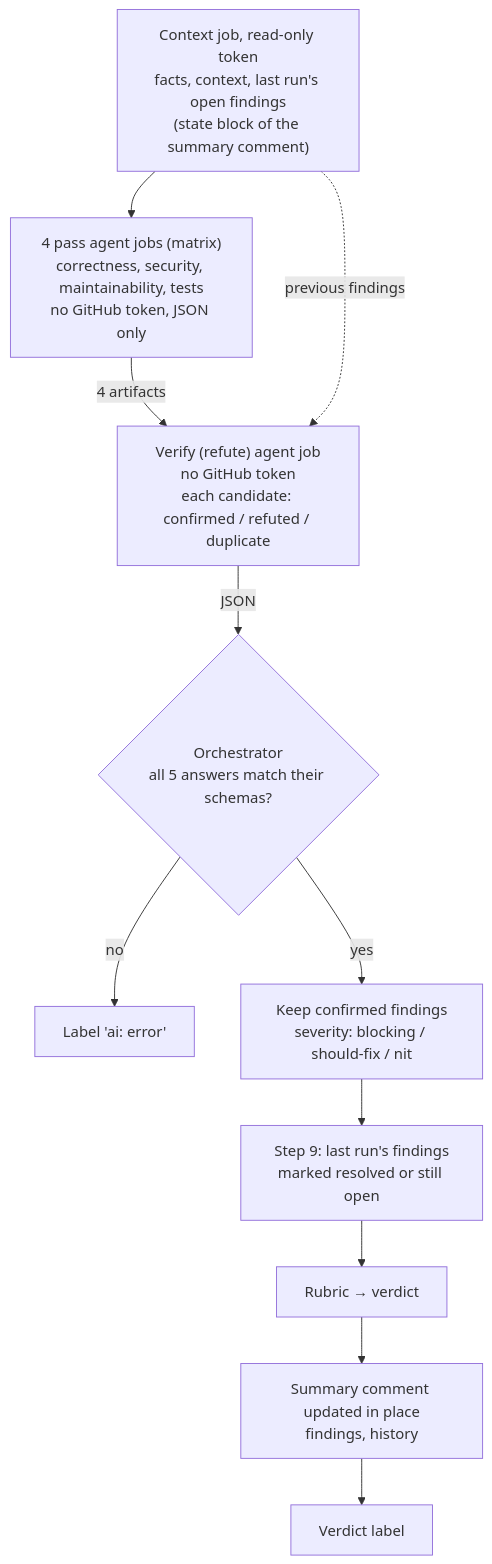
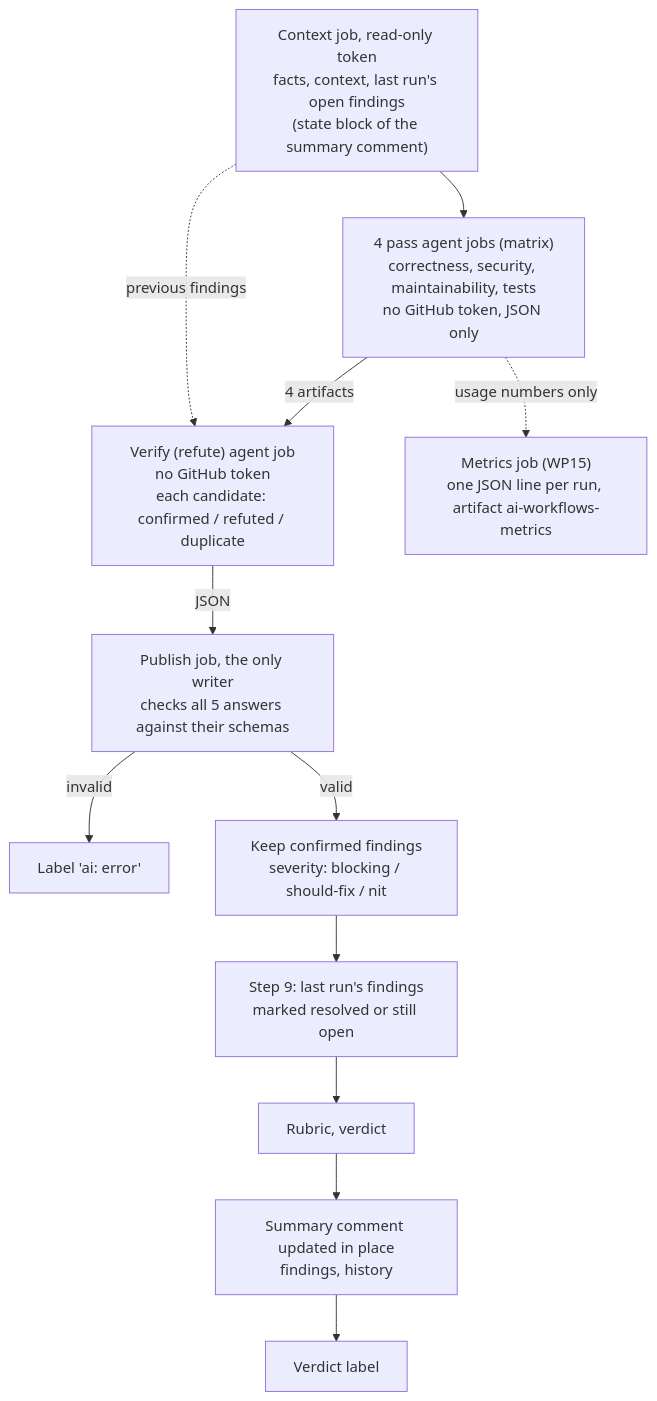
One commit to esciara/ai-workflows changed the fourth of 14 diagrams in docs/diagrams.md. Above: the diagram before and after it, drawn with Mermaid. The commit also changed other lines of this file and 1 other file, not shown here.

First line of the commit message:
docs(diagrams): full hand-maintained refresh (2026-11-14)

````diff
--- a/docs/diagrams.md
+++ b/docs/diagrams.md
@@ -151,13 +227,14 @@
 ```mermaid
 flowchart TD
   C["Context job, read-only token<br/>facts, context, last run's open findings<br/>(state block of the summary comment)"] --> P["4 pass agent jobs (matrix)<br/>correctness, security, maintainability, tests<br/>no GitHub token, JSON only"]
   P -- 4 artifacts --> VP["Verify (refute) agent job<br/>no GitHub token<br/>each candidate: confirmed / refuted / duplicate"]
   C -. previous findings .-> VP
-  VP -- JSON --> V{"Orchestrator<br/>all 5 answers match their schemas?"}
-  V -- no --> E["Label 'ai: error'"]
-  V -- yes --> F["Keep confirmed findings<br/>severity: blocking / should-fix / nit"]
+  VP -- JSON --> PU["Publish job, the only writer<br/>checks all 5 answers against their schemas"]
+  PU -- invalid --> E["Label 'ai: error'"]
+  PU -- valid --> F["Keep confirmed findings<br/>severity: blocking / should-fix / nit"]
   F --> H["Step 9: last run's findings<br/>marked resolved or still open"]
-  H --> R["Rubric → verdict"]
+  H --> R["Rubric, verdict"]
   R --> M["Summary comment updated in place<br/>findings, history"]
   M --> L["Verdict label"]
+  P -. usage numbers only .-> MT["Metrics job (WP15)<br/>one JSON line per run, artifact ai-workflows-metrics"]
 ```
````
